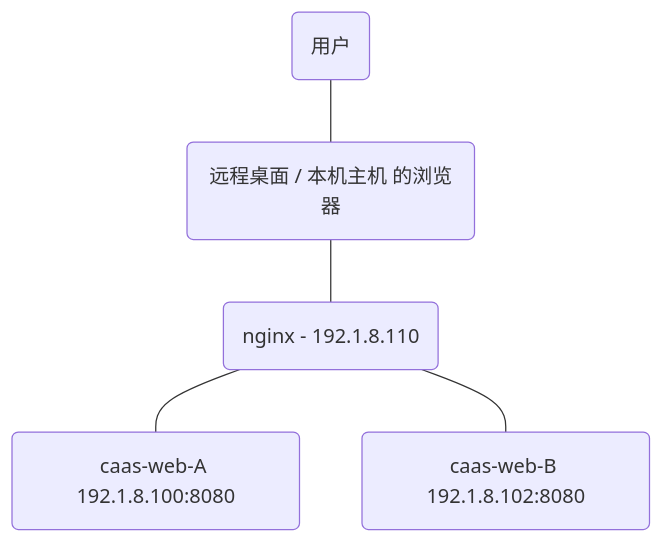
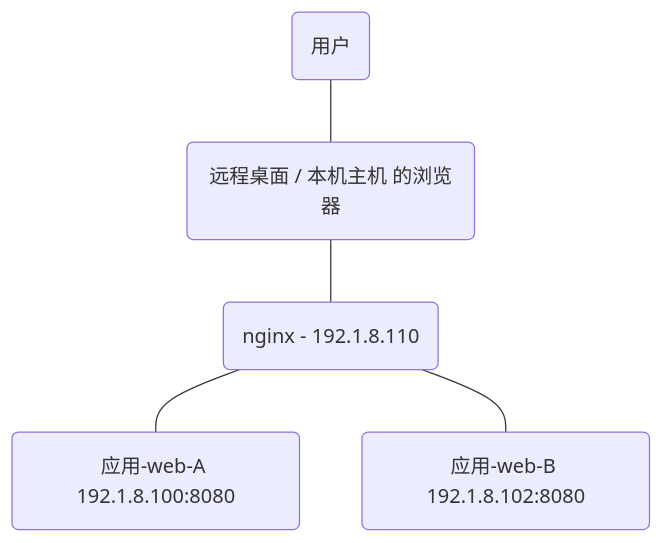
One commit to a544793138/study-note changed the diagram in Spring Security/SAML session 管理.md. Above: the diagram before and after it, drawn with Mermaid. The commit also changed other lines of this file and 1 other file, not shown here.

````diff
--- a/Spring Security/SAML session 管理.md
+++ b/Spring Security/SAML session 管理.md
@@ -114,7 +114,7 @@
 ```mermaid
 graph TB
 A(用户) --- B(远程桌面 / 本机主机 的浏览器)
 B(远程桌面 / 本机主机 的浏览器) --- C(nginx - 192.1.8.110)
-C(nginx - 192.1.8.110) --- D(caas-web-A 192.1.8.100:8080)
-C(nginx - 192.1.8.110) --- E(caas-web-B 192.1.8.102:8080)
+C(nginx - 192.1.8.110) --- D(应用-web-A 192.1.8.100:8080)
+C(nginx - 192.1.8.110) --- E(应用-web-B 192.1.8.102:8080)
 ```
````
